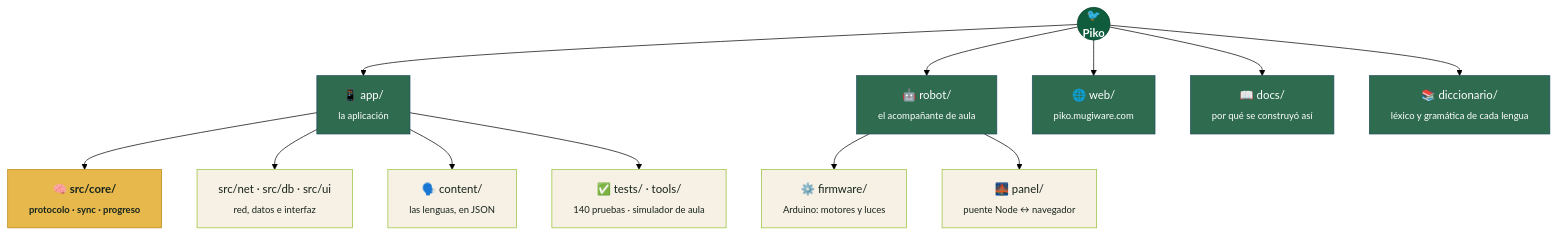
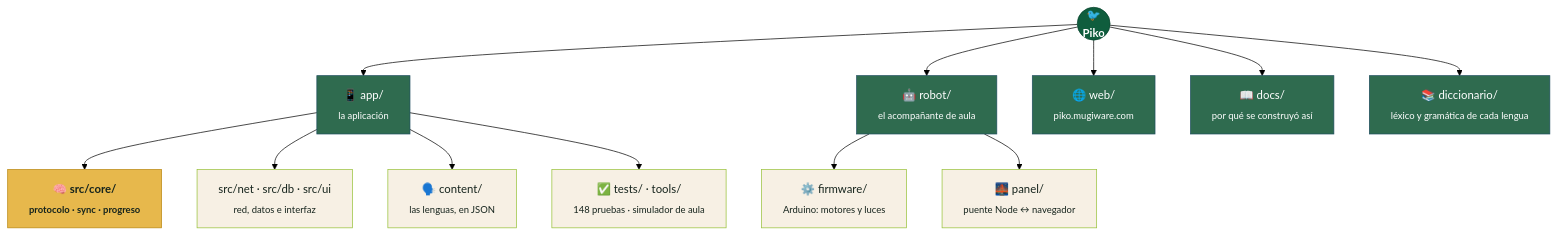
Before and after one commit to dnnyhr/Piko-Aplicacion-para-el-aprendizaje-de-idiomas-: the second of 2 diagrams in README.md, drawn with Mermaid (forest theme). The commit also changed other lines of this file and 6 other files, not shown here.

````diff
--- a/README.md
+++ b/README.md
@@ -176,28 +176,28 @@
 ```mermaid
 flowchart TD
     RAIZ(("🐦<br/>Piko"))
 
     RAIZ --> APP["📱 app/<br/><sub>la aplicación</sub>"]
     RAIZ --> ROBOT["🤖 robot/<br/><sub>el acompañante de aula</sub>"]
     RAIZ --> WEB["🌐 web/<br/><sub>piko.mugiware.com</sub>"]
     RAIZ --> DOCS["📖 docs/<br/><sub>por qué se construyó así</sub>"]
     RAIZ --> DICC["📚 diccionario/<br/><sub>léxico y gramática de cada lengua</sub>"]
 
     APP --> CORE["🧠 src/core/<br/><sub>protocolo · sync · progreso</sub>"]
     APP --> RESTO["src/net · src/db · src/ui<br/><sub>red, datos e interfaz</sub>"]
     APP --> CONTENT["🗣️ content/<br/><sub>las lenguas, en JSON</sub>"]
-    APP --> TESTS["✅ tests/ · tools/<br/><sub>140 pruebas · simulador de aula</sub>"]
+    APP --> TESTS["✅ tests/ · tools/<br/><sub>148 pruebas · simulador de aula</sub>"]
 
     ROBOT --> FIRM["⚙️ firmware/<br/><sub>Arduino: motores y luces</sub>"]
     ROBOT --> PANEL["🌉 panel/<br/><sub>puente Node ↔ navegador</sub>"]
 
     classDef raiz fill:#0F5D3D,stroke:#0A4530,color:#fff,font-weight:bold
     classDef puerta fill:#2F6B4F,stroke:#1F4E5F,color:#fff
     classDef nucleo fill:#E7B84C,stroke:#B9860F,color:#16241D,font-weight:bold
     classDef hoja fill:#F7F0E4,stroke:#97C137,color:#16241D
 
     class RAIZ raiz
     class APP,ROBOT,WEB,DOCS,DICC puerta
     class CORE nucleo
     class RESTO,CONTENT,TESTS,FIRM,PANEL hoja
 ```
````
